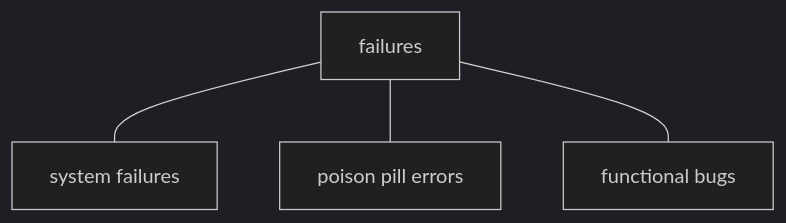
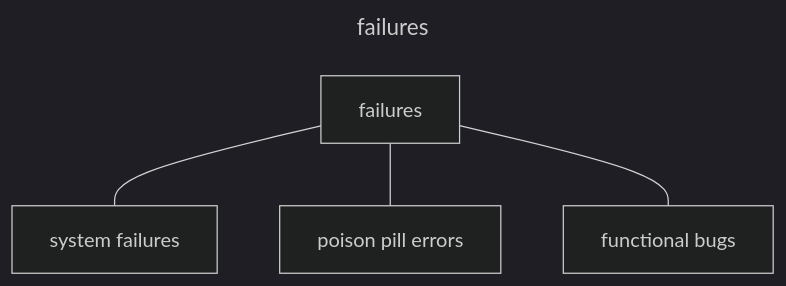
The second of 5 diagrams in 0x09-payment_system/0-payment_system.md (brk-a/system-design), drawn with Mermaid (dark theme) before and after one commit. The commit also changed other lines of this file, not shown here.

````diff
--- a/0x09-payment_system/0-payment_system.md
+++ b/0x09-payment_system/0-payment_system.md
@@ -144,6 +147,9 @@
     ```mermaid
+    ---
+    title: failures
+    ---
         flowchart TD
         A[failures]---B[system failures]
         A---C[poison pill errors]
         A---D[functional bugs]
     ```
````
